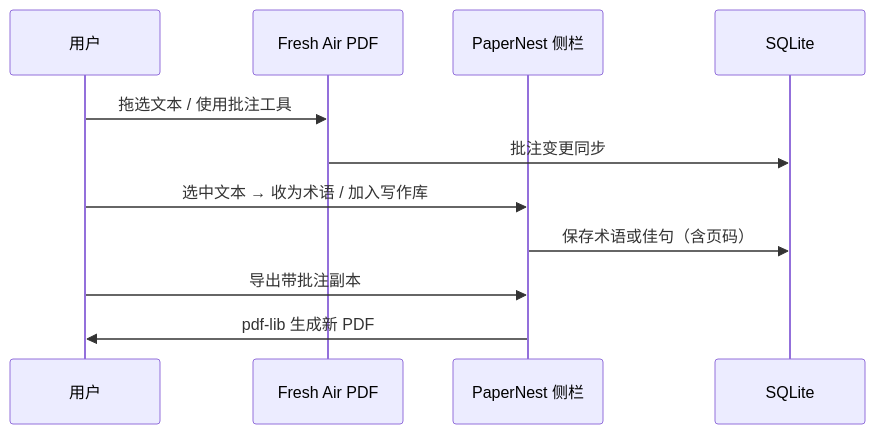
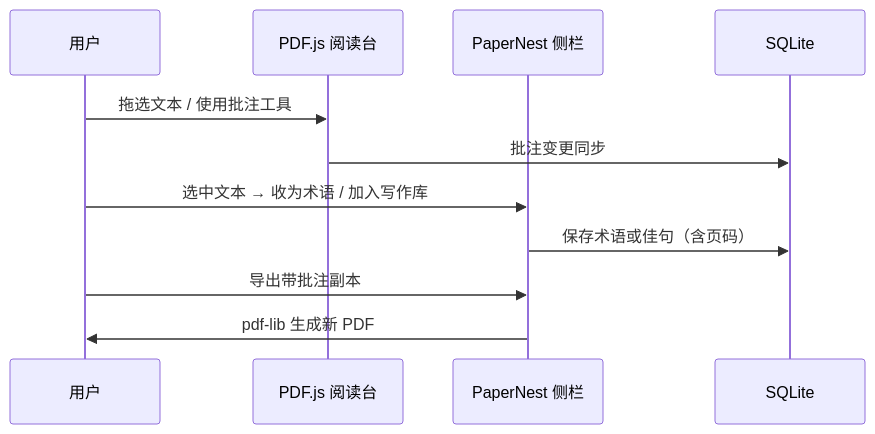
The second of 3 diagrams in README.md (naipings/PaperNest), drawn with Mermaid before and after one commit. The commit also changed other lines of this file and 55 other files, not shown here.

````diff
--- a/README.md
+++ b/README.md
@@ -44,14 +44,14 @@
 ```mermaid
 sequenceDiagram
   participant U as 用户
-  participant FAP as Fresh Air PDF
+  participant Reader as PDF.js 阅读台
   participant PN as PaperNest 侧栏
   participant DB as SQLite
 
-  U->>FAP: 拖选文本 / 使用批注工具
-  FAP->>DB: 批注变更同步
+  U->>Reader: 拖选文本 / 使用批注工具
+  Reader->>DB: 批注变更同步
   U->>PN: 选中文本 → 收为术语 / 加入写作库
   PN->>DB: 保存术语或佳句（含页码）
   U->>PN: 导出带批注副本
   PN->>U: pdf-lib 生成新 PDF
 ```
````
